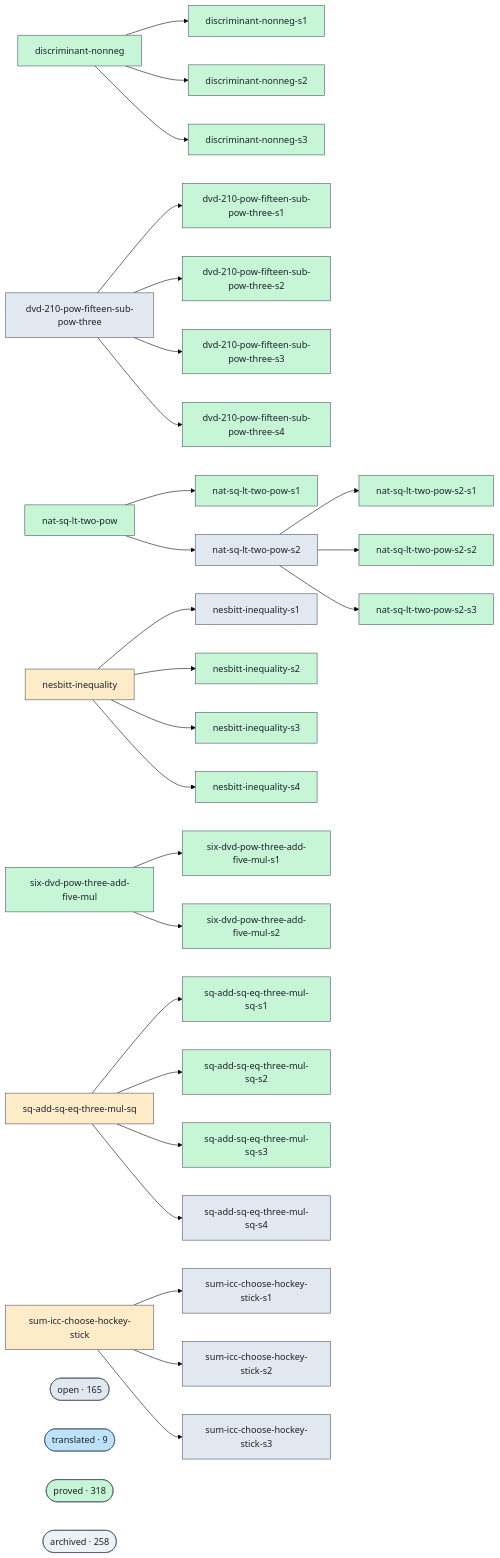
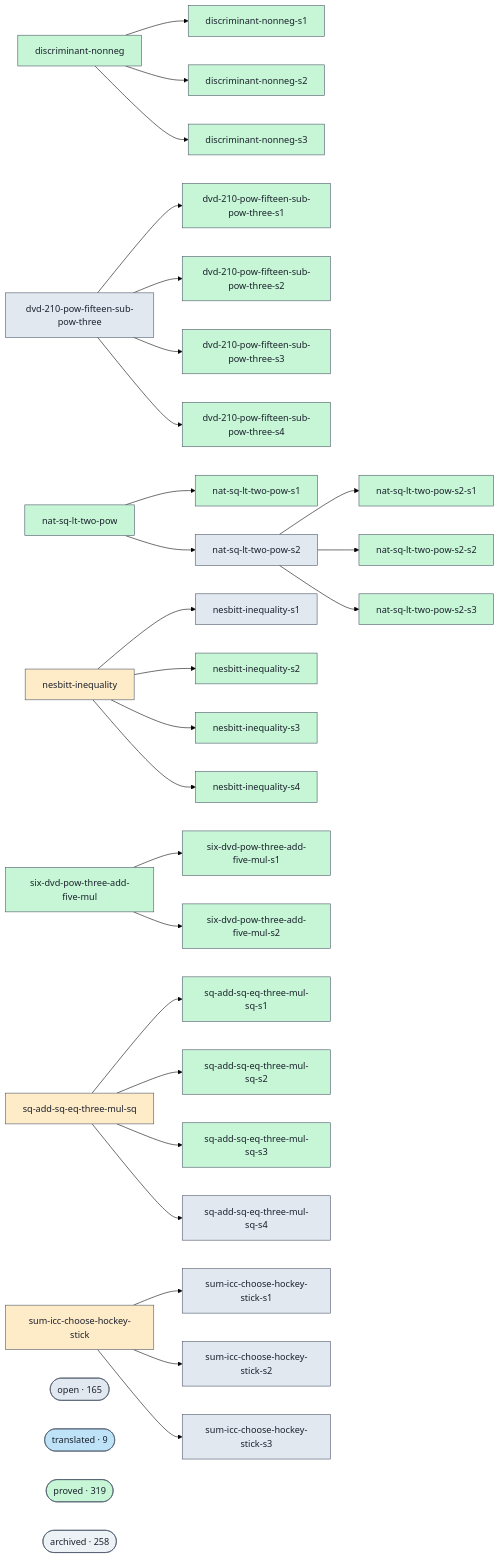
The diagram in docs/proofs-contributors-visualisation.md (ohdearquant/unsorry), drawn with Mermaid (forest theme) before and after one commit. The commit also changed other lines of this file and 2 other files, not shown here.

```diff
--- a/docs/proofs-contributors-visualisation.md
+++ b/docs/proofs-contributors-visualisation.md
@@ -147,7 +147,7 @@
   class cluster_open open;
   cluster_translated(["translated · 9"])
   class cluster_translated translated;
-  cluster_proved(["proved · 318"])
+  cluster_proved(["proved · 319"])
   class cluster_proved proved;
   cluster_archived(["archived · 258"])
   class cluster_archived unknown;
```
